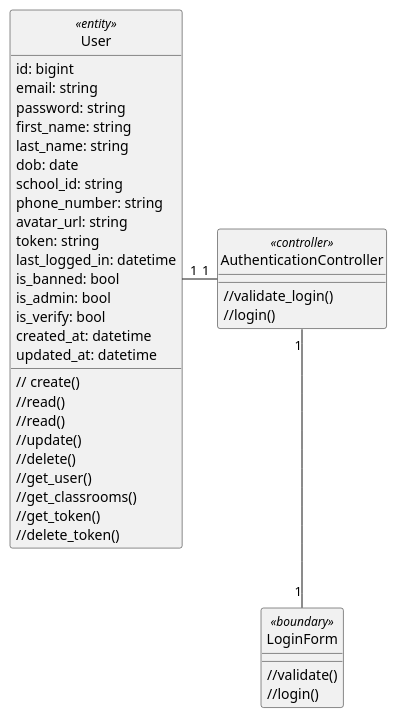
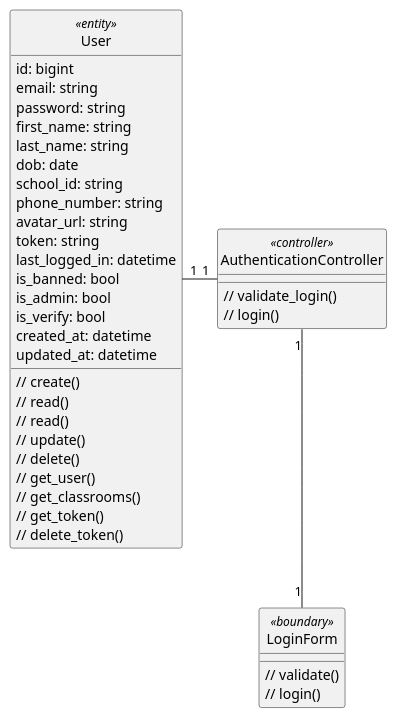
One commit to anonyhostvn/OOAD-Diagram changed the diagram in class - analysis/authentication/login.plantuml. Above: the diagram before and after it, drawn with PlantUML. The commit also changed 9 other files, not shown here.

Commit message:
authentication Class diagram update2

```diff
--- a/class - analysis/authentication/login.plantuml
+++ b/class - analysis/authentication/login.plantuml
@@ -1,51 +1,51 @@
 @startuml login
 
 class User <<entity>> {
     id: bigint
     email: string
     password: string
     first_name: string
     last_name: string
     dob: date
     school_id: string
     phone_number: string
     avatar_url: string
     token: string
     last_logged_in: datetime
     is_banned: bool
     is_admin: bool
     is_verify: bool
     created_at: datetime
     updated_at: datetime
 
     // create()
-    //read()
-    //read()
-    //update()
-    //delete()
-    //get_user()
-    //get_classrooms()
-    //get_token()
-    //delete_token()
+    // read()
+    // read()
+    // update()
+    // delete()
+    // get_user()
+    // get_classrooms()
+    // get_token()
+    // delete_token()
 }
 
 class LoginForm <<boundary>> {
-    //validate()
-    //login()
+    // validate()
+    // login()
 }
 
 class AuthenticationController <<controller>> {
-    //validate_login()
-    //login()
+    // validate_login()
+    // login()
 }
 
 hide User <<entity>> circle
 hide LoginForm <<boundary>> circle
 hide AuthenticationController <<controller>> circle
 
 AuthenticationController "1" -left- "1" User
 AuthenticationController "1" -down- "1" LoginForm
 
 
 
 @enduml
```
